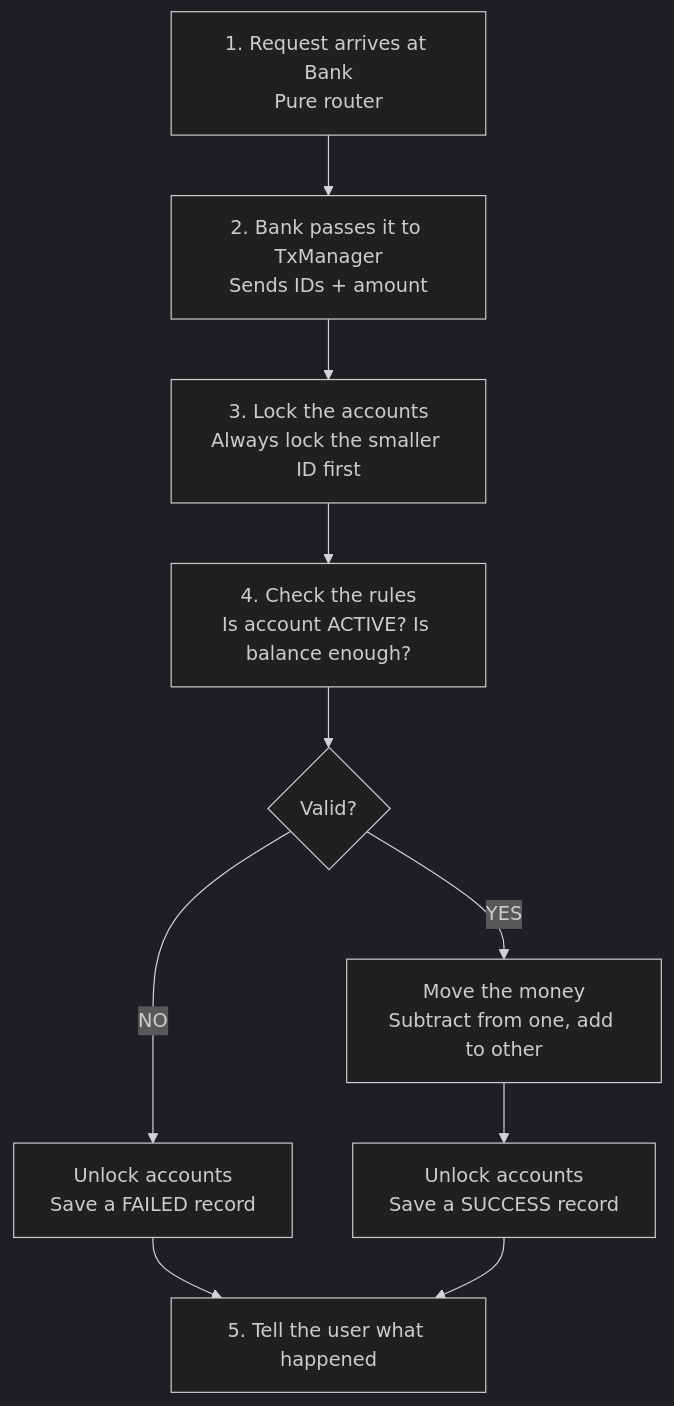
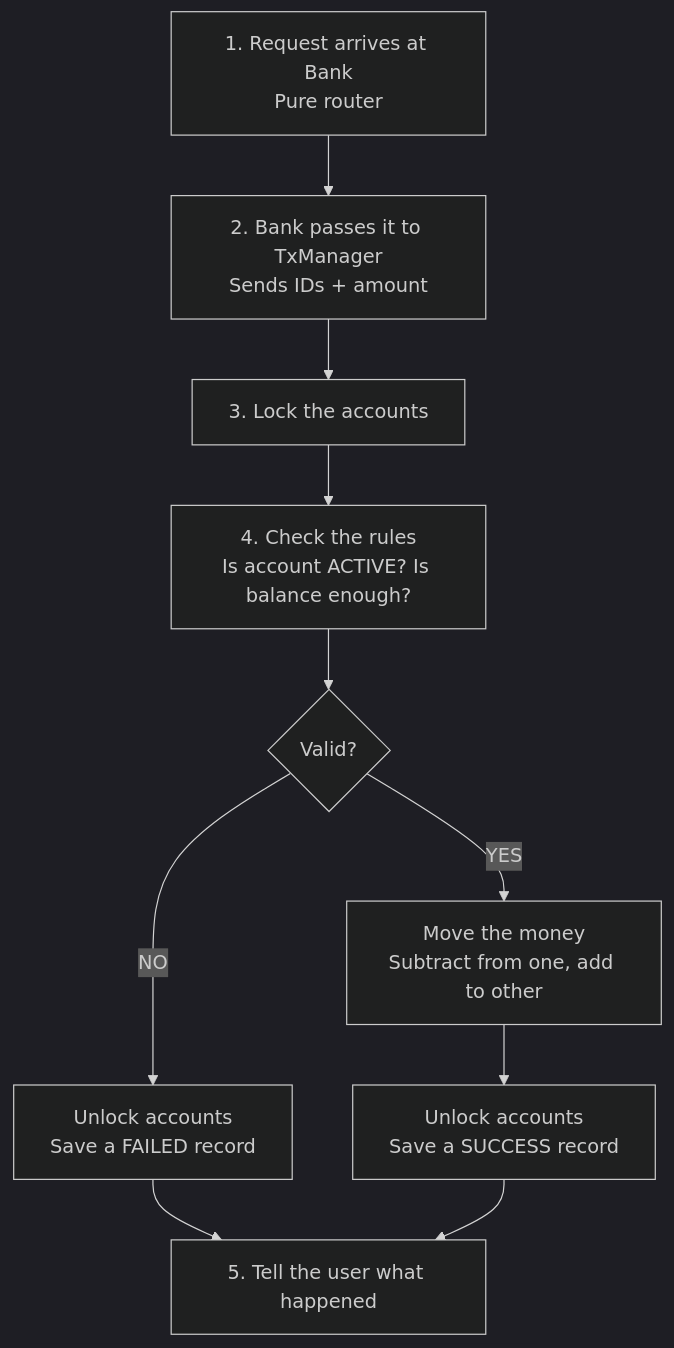
Before and after one commit to M0SSAD/BankingSystem: the third of 3 diagrams in README.md, drawn with Mermaid (dark theme). The commit also changed other lines of this file and 1 other file, not shown here.

Commit message:
Readme update

````diff
--- a/README.md
+++ b/README.md
@@ -226,13 +226,13 @@
 ```mermaid
 flowchart TD
     A[1. Request arrives at Bank\nPure router] --> B[2. Bank passes it to TxManager\nSends IDs + amount]
-    B --> C[3. Lock the accounts\nAlways lock the smaller ID first]
+    B --> C[3. Lock the accounts\n]
     C --> D[4. Check the rules\nIs account ACTIVE? Is balance enough?]
     D --> E{Valid?}
     E -- NO --> F[Unlock accounts\nSave a FAILED record]
     E -- YES --> G[Move the money\nSubtract from one, add to other]
     G --> H[Unlock accounts\nSave a SUCCESS record]
     F --> I[5. Tell the user what happened]
     H --> I
 
 ```
````
